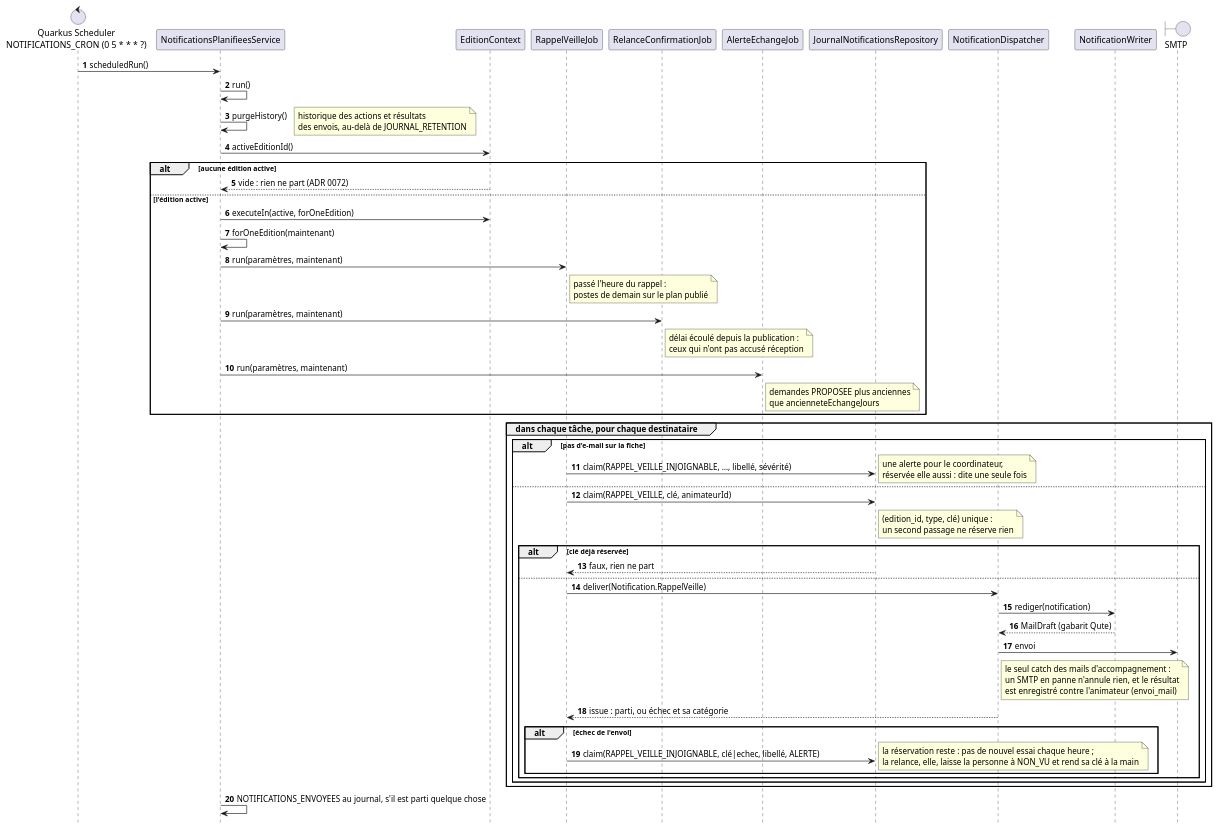
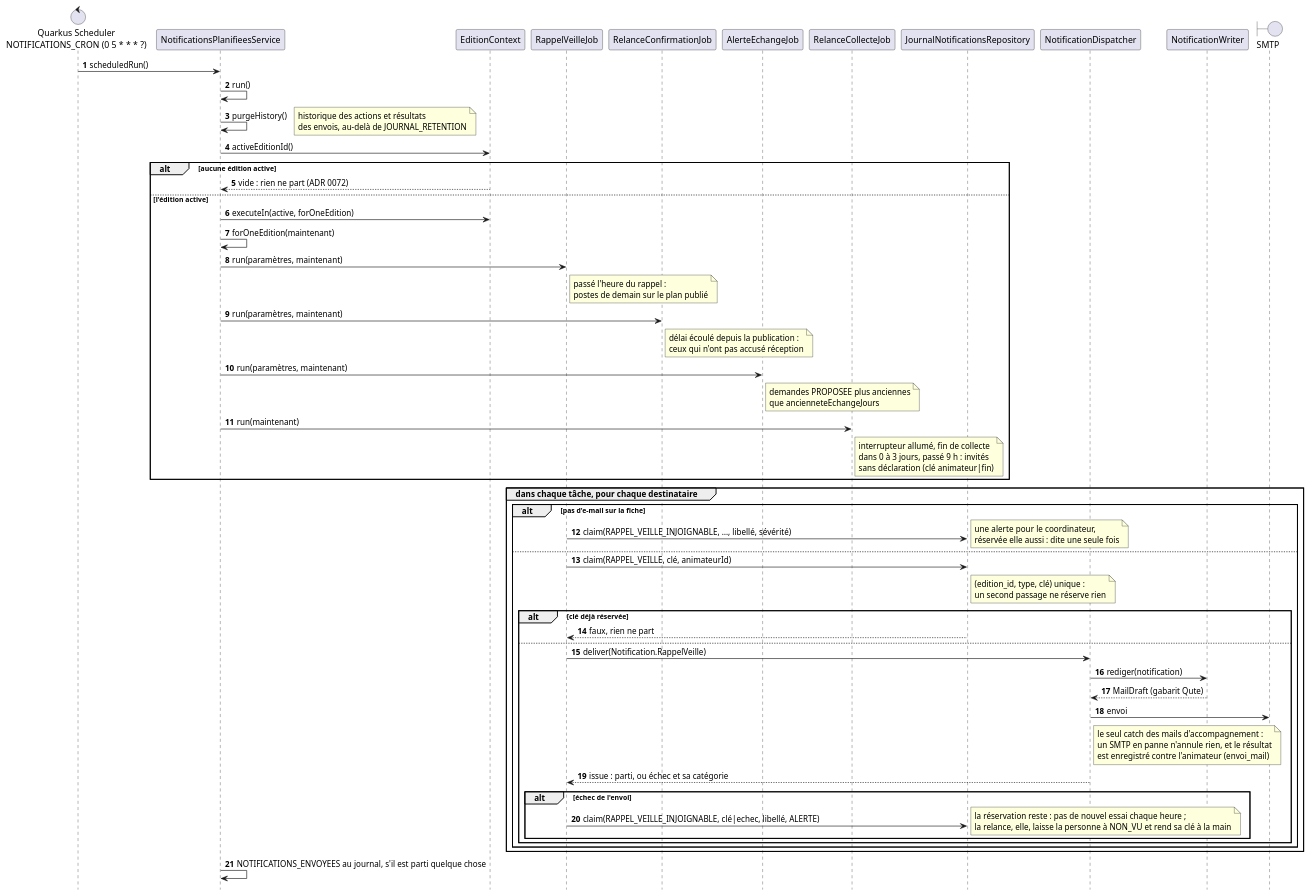
One commit to sylvainmetayer/planning-equipes changed the diagram in docs/diagrammes/notifications-planifiees.puml. Above: the diagram before and after it, drawn with PlantUML. The commit also changed 37 other files, not shown here.

First line of the commit message:
feat(collecte): relancer à J-3 les invités qui n'ont rien déclaré

```diff
--- a/docs/diagrammes/notifications-planifiees.puml
+++ b/docs/diagrammes/notifications-planifiees.puml
@@ -1,66 +1,70 @@
 @startuml
-' L'envoi horaire : trois tâches, pour la seule édition active, lues sur le
-' plan publié. Chaque envoi est d'abord réservé en base sur une clé : un
-' passage de plus ne renvoie rien. Tout part en meilleur effort, par le
+' L'envoi horaire : quatre tâches, pour la seule édition active — trois lues
+' sur le plan publié, la quatrième sur la fenêtre de collecte. Chaque envoi
+' est d'abord réservé en base sur une clé : un passage de plus ne renvoie
+' rien. Tout part en meilleur effort, par le
 ' dispatcher, qui rend l'issue au lieu de la lever : un échec laisse une
 ' alerte et ne compte pas comme un envoi. Voir docs/exploitation.md, « Les
 ' envois automatiques de nuit ».
 skinparam backgroundColor #FFFFFF
 skinparam responseMessageBelowArrow true
 hide footbox
 autonumber
 
 control "Quarkus Scheduler\nNOTIFICATIONS_CRON (0 5 * * * ?)" as cron
 participant NotificationsPlanifieesService as service
 participant EditionContext as contexte
 participant RappelVeilleJob as veille
 participant RelanceConfirmationJob as relance
 participant AlerteEchangeJob as alerte
+participant RelanceCollecteJob as collecte
 participant JournalNotificationsRepository as journal
 participant NotificationDispatcher as dispatcher
 participant NotificationWriter as redacteur
 boundary "SMTP" as smtp
 
 cron -> service : scheduledRun()
 service -> service : run()
 service -> service : purgeHistory()
 note right : historique des actions et résultats\ndes envois, au-delà de JOURNAL_RETENTION
 service -> contexte : activeEditionId()
 alt aucune édition active
   contexte --> service : vide : rien ne part (ADR 0072)
 else l'édition active
   service -> contexte : executeIn(active, forOneEdition)
   service -> service : forOneEdition(maintenant)
   service -> veille : run(paramètres, maintenant)
   note right of veille : passé l'heure du rappel :\npostes de demain sur le plan publié
   service -> relance : run(paramètres, maintenant)
   note right of relance : délai écoulé depuis la publication :\nceux qui n'ont pas accusé réception
   service -> alerte : run(paramètres, maintenant)
   note right of alerte : demandes PROPOSEE plus anciennes\nque ancienneteEchangeJours
+  service -> collecte : run(maintenant)
+  note right of collecte : interrupteur allumé, fin de collecte\ndans 0 à 3 jours, passé 9 h : invités\nsans déclaration (clé animateur|fin)
 end
 
 group dans chaque tâche, pour chaque destinataire
   alt pas d'e-mail sur la fiche
     veille -> journal : claim(RAPPEL_VEILLE_INJOIGNABLE, …, libellé, sévérité)
     note right : une alerte pour le coordinateur,\nréservée elle aussi : dite une seule fois
   else
     veille -> journal : claim(RAPPEL_VEILLE, clé, animateurId)
     note right of journal : (edition_id, type, clé) unique :\nun second passage ne réserve rien
     alt clé déjà réservée
       journal --> veille : faux, rien ne part
     else
       veille -> dispatcher : deliver(Notification.RappelVeille)
       dispatcher -> redacteur : rediger(notification)
       redacteur --> dispatcher : MailDraft (gabarit Qute)
       dispatcher -> smtp : envoi
       note right of dispatcher : le seul catch des mails d'accompagnement :\nun SMTP en panne n'annule rien, et le résultat\nest enregistré contre l'animateur (envoi_mail)
       dispatcher --> veille : issue : parti, ou échec et sa catégorie
       alt échec de l'envoi
         veille -> journal : claim(RAPPEL_VEILLE_INJOIGNABLE, clé|echec, libellé, ALERTE)
         note right : la réservation reste : pas de nouvel essai chaque heure ;\nla relance, elle, laisse la personne à NON_VU et rend sa clé à la main
       end
     end
   end
 end
 service -> service : NOTIFICATIONS_ENVOYEES au journal, s'il est parti quelque chose
 @enduml
```
